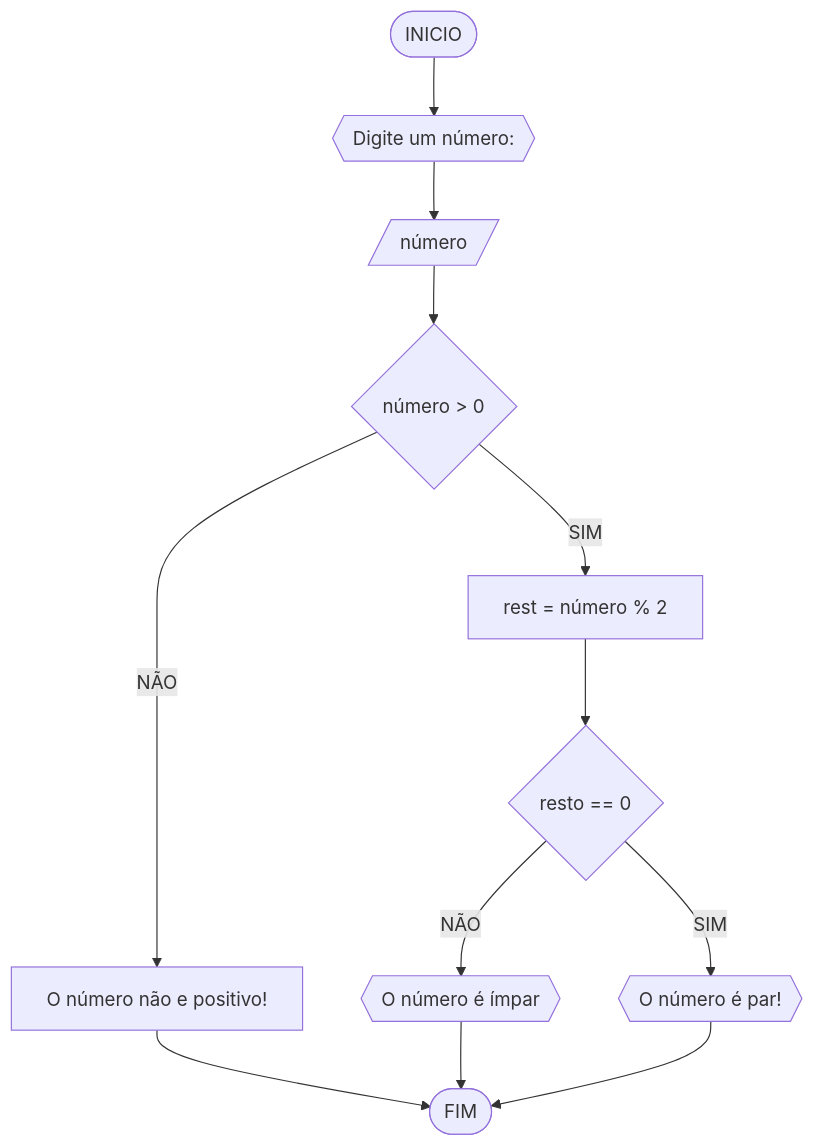
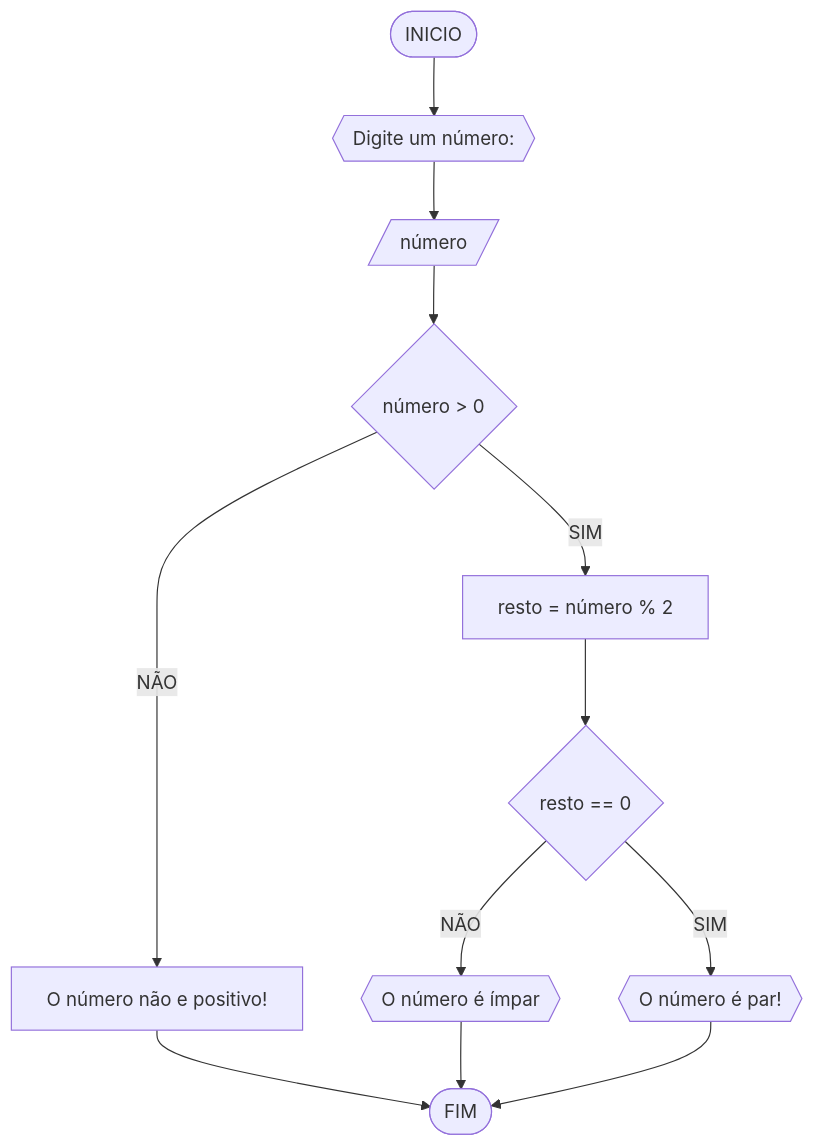
One commit to IamTheNewGhost57/Unifor changed the first of 2 diagrams in RLA/Lista de exercícios 01.md. Above: the diagram before and after it, drawn with Mermaid. The commit also changed other lines of this file, not shown here.

````diff
--- a/RLA/Lista de exercícios 01.md
+++ b/RLA/Lista de exercícios 01.md
@@ -8,14 +8,14 @@
 ```mermaid
 flowchart TD  
   A([INICIO]) --> B{{Digite um número: }}
   B --> C[/número/]
   C --> D{número > 0}
   D --NÃO--> E[O número não e positivo!]
-  D --SIM--> F[rest = número % 2]
+  D --SIM--> F[resto = número % 2]
   E --> Z([FIM])
   F --> G{resto == 0}
   G --NÃO--> H{{O número é ímpar}}
   G --SIM--> I{{O número é par!}}
   H --> Z
   I --> Z
 ```
````
